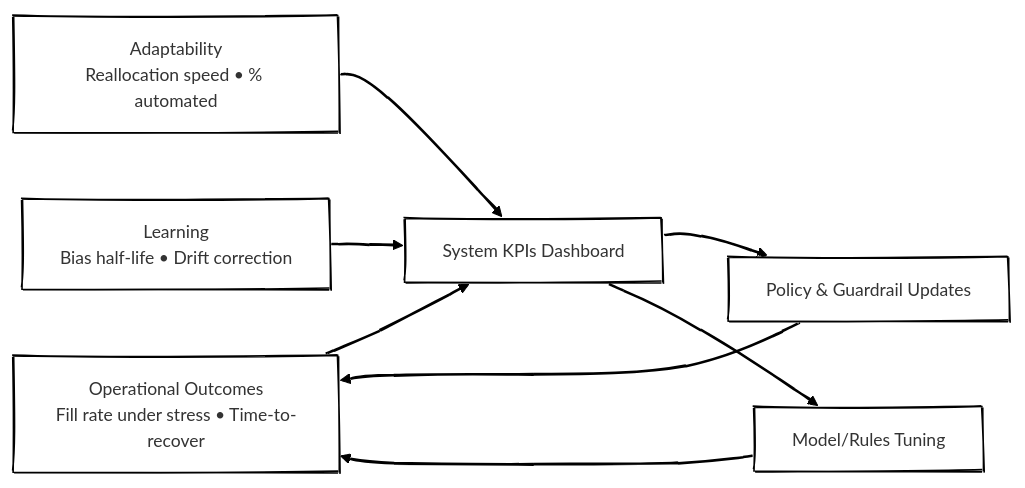
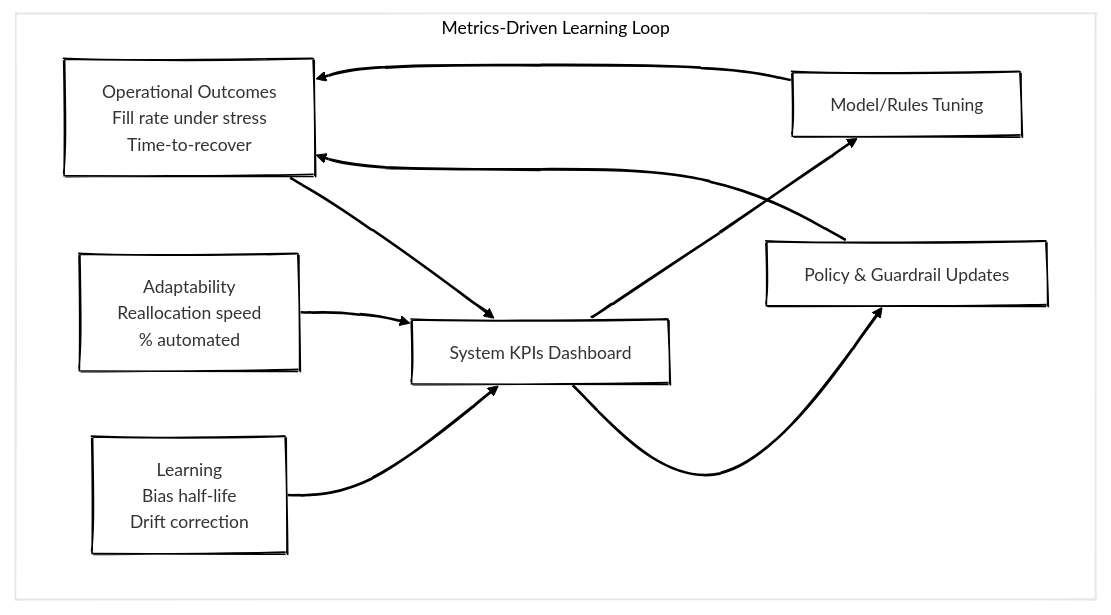
The fourth of 8 diagrams in posts/from-planning-to-orchestration-reimagining-enterprise-beyond-S&OP/index.qmd (antomon/antomon.github.io), drawn with Mermaid before and after one commit. The commit also changed other lines of this file and 4 other files, not shown here.

````diff
--- a/posts/from-planning-to-orchestration-reimagining-enterprise-beyond-S&OP/index.qmd
+++ b/posts/from-planning-to-orchestration-reimagining-enterprise-beyond-S&OP/index.qmd
@@ -251,15 +262,18 @@
 ```{mermaid}
-%%| label: metrics-loop
+%%| label: fig-metrics-loop
 %%| fig-cap: Measure what matters, resilience, adaptability, learning
 %%| fig-alt: Closed-loop metrics feeding policy updates and model tuning
 %%| fig-align: "center"
 %%{init: {"theme": "neo", "look": "handDrawn"}}%%
 
-flowchart LR
-    Ops["Operational Outcomes<br>Fill rate under stress • Time-to-recover"] --> KPIs["System KPIs Dashboard"]
-    Adp["Adaptability<br>Reallocation speed • % automated"] --> KPIs
-    Lrn["Learning<br>Bias half-life • Drift correction"] --> KPIs
+flowchart TD
+
+  subgraph ML[Metrics#8209;Driven Learning Loop]
+    Ops["Operational Outcomes<br>Fill rate under stress<br/>Time-to-recover"] --> KPIs["System KPIs Dashboard"]
+    Adp["Adaptability<br>Reallocation speed<br/>% automated"] --> KPIs
+    Lrn["Learning<br>Bias half-life<br/>Drift correction"] --> KPIs
     KPIs --> Pol["Policy & Guardrail Updates"] & Mdl["Model/Rules Tuning"]
     Pol --> Ops
     Mdl --> Ops
+  end
 ```
````
